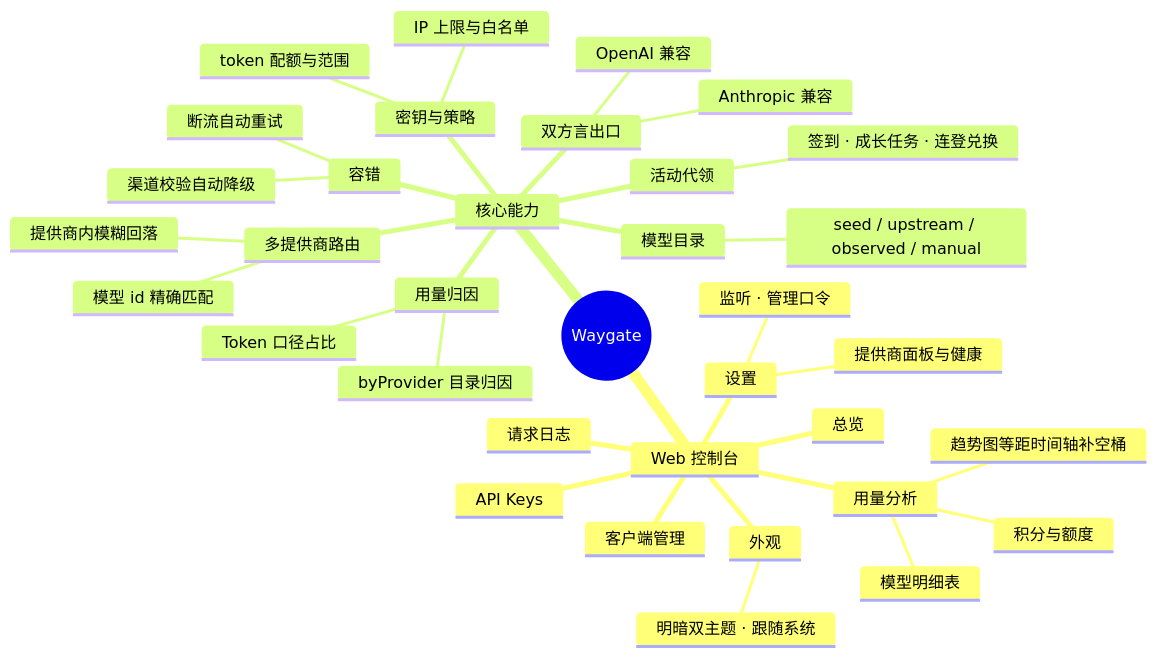
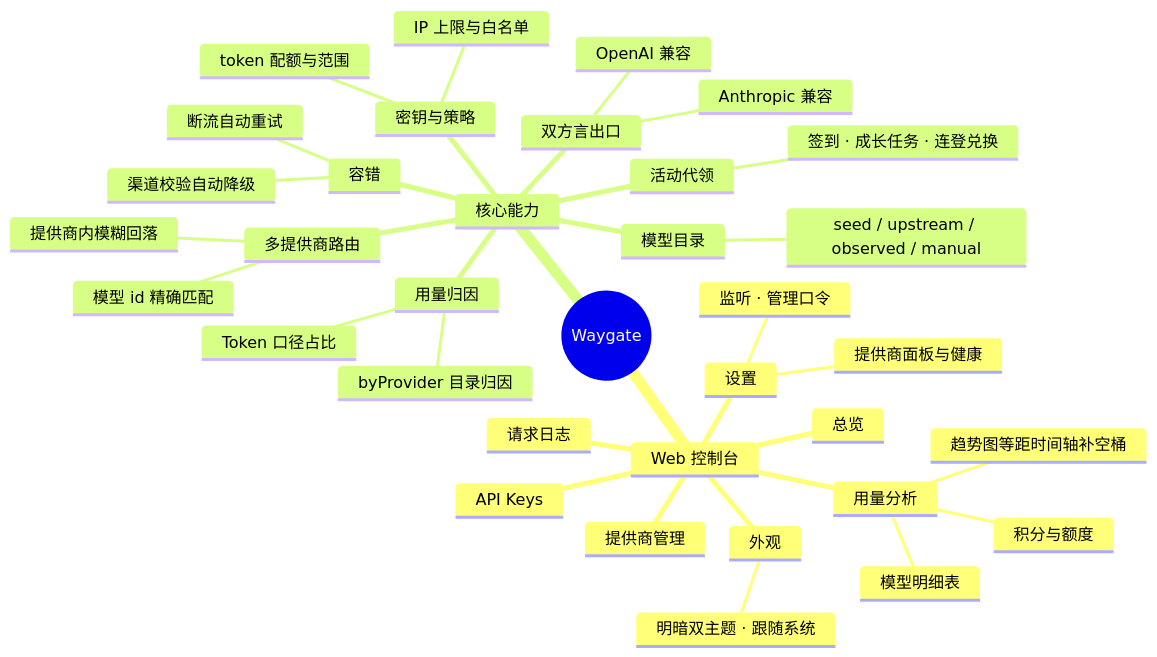
The second of 2 diagrams in README.md (zhanghaojie513/waygate-open), drawn with Mermaid before and after one commit. The commit also changed other lines of this file and 28 other files, not shown here.

First line of the commit message:
fix(v1.6.12): 修导入报 415；「客户端管理」→「提供商管理」并统一口径

````diff
--- a/README.md
+++ b/README.md
@@ -218,38 +218,38 @@
 ```mermaid
 mindmap
   root((Waygate))
     Web 控制台
       总览
       用量分析
         趋势图等距时间轴补空桶
         模型明细表
         积分与额度
-      客户端管理
+      提供商管理
       API Keys
       请求日志
       设置
         提供商面板与健康
         监听 · 管理口令
       外观
         明暗双主题 · 跟随系统
     核心能力
       双方言出口
         OpenAI 兼容
         Anthropic 兼容
       多提供商路由
         模型 id 精确匹配
         提供商内模糊回落
       模型目录
         seed / upstream / observed / manual
       密钥与策略
         IP 上限与白名单
         token 配额与范围
       用量归因
         Token 口径占比
         byProvider 目录归因
       活动代领
         签到 · 成长任务 · 连登兑换
       容错
         断流自动重试
         渠道校验自动降级
 ```
````
